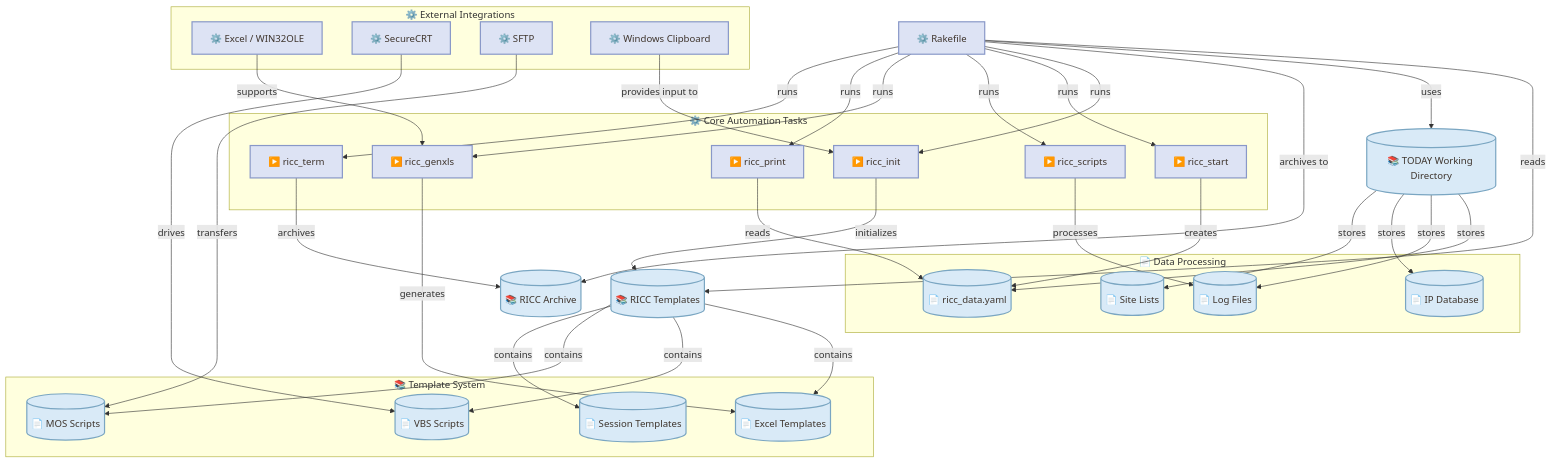
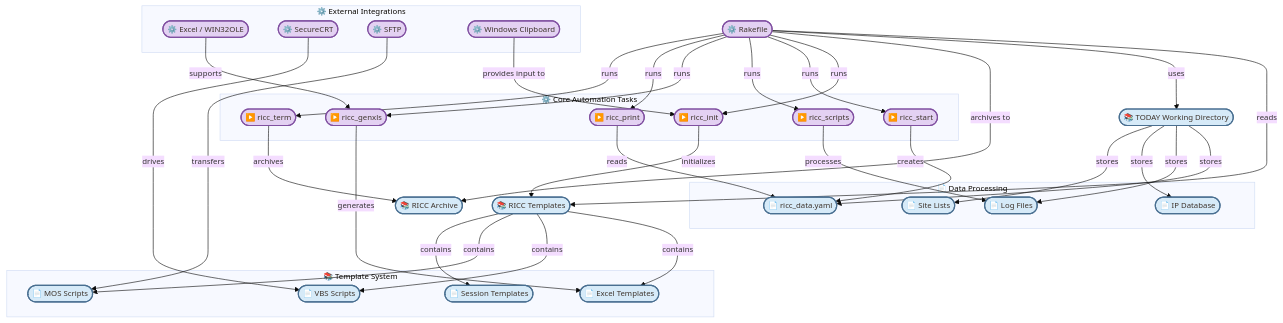
The first of 4 diagrams in README.md (enogrob/project-automation-mop), drawn with Mermaid before and after one commit. The commit also changed other lines of this file, not shown here.

Commit message:
update-readme

````diff
--- a/README.md
+++ b/README.md
@@ -38,68 +38,69 @@
 ```mermaid
+%%{init: {"theme": "base", "themeVariables": {"fontSize": "13px"}, "flowchart": {"wrappingWidth": 200, "minNodeWidth": 0, "padding": 8}}}%%
 flowchart TD
-    A[⚙️ Rakefile]:::orchestration -->|reads| B[(📚 RICC Templates)]:::context
-    A -->|uses| C[(📚 TODAY Working Directory)]:::context
-    A -->|archives to| D[(📚 RICC Archive)]:::context
+    A(["⚙️ Rakefile"]):::orchestration -->|reads| B(["📚 RICC Templates"]):::context
+    A -->|uses| C(["📚 TODAY Working Directory"]):::context
+    A -->|archives to| D(["📚 RICC Archive"]):::context
 
     subgraph Core_Tasks[⚙️ Core Automation Tasks]
-        E[▶️ ricc_init]:::orchestration
-        F[▶️ ricc_start]:::orchestration
-        G[▶️ ricc_scripts]:::orchestration
-        H[▶️ ricc_genxls]:::orchestration
-        I[▶️ ricc_print]:::orchestration
-        J[▶️ ricc_term]:::orchestration
+        E(["▶️ ricc_init"]):::orchestration
+        F(["▶️ ricc_start"]):::orchestration
+        G(["▶️ ricc_scripts"]):::orchestration
+        H(["▶️ ricc_genxls"]):::orchestration
+        I(["▶️ ricc_print"]):::orchestration
+        J(["▶️ ricc_term"]):::orchestration
     end
 
     subgraph Data_Processing[📄 Data Processing]
-        K[(📄 ricc_data.yaml)]:::context
-        L[(📄 Log Files)]:::context
-        M[(📄 IP Database)]:::context
-        N[(📄 Site Lists)]:::context
+        K(["📄 ricc_data.yaml"]):::context
+        L(["📄 Log Files"]):::context
+        M(["📄 IP Database"]):::context
+        N(["📄 Site Lists"]):::context
     end
 
     subgraph External_Integrations[⚙️ External Integrations]
-        O[⚙️ Excel / WIN32OLE]:::orchestration
-        P[⚙️ SecureCRT]:::orchestration
-        Q[⚙️ SFTP]:::orchestration
-        R[⚙️ Windows Clipboard]:::orchestration
+        O(["⚙️ Excel / WIN32OLE"]):::orchestration
+        P(["⚙️ SecureCRT"]):::orchestration
+        Q(["⚙️ SFTP"]):::orchestration
+        R(["⚙️ Windows Clipboard"]):::orchestration
     end
 
     subgraph Template_System[📚 Template System]
-        S[(📄 Excel Templates)]:::context
-        T[(📄 VBS Scripts)]:::context
-        U[(📄 MOS Scripts)]:::context
-        V[(📄 Session Templates)]:::context
+        S(["📄 Excel Templates"]):::context
+        T(["📄 VBS Scripts"]):::context
+        U(["📄 MOS Scripts"]):::context
+        V(["📄 Session Templates"]):::context
     end
 
     A -->|runs| E
     A -->|runs| F
     A -->|runs| G
     A -->|runs| H
     A -->|runs| I
     A -->|runs| J
 
     E -->|initializes| B
     F -->|creates| K
     G -->|processes| L
     H -->|generates| S
     I -->|reads| K
     J -->|archives| D
 
     O -->|supports| H
     P -->|drives| T
     Q -->|transfers| U
     R -->|provides input to| E
 
     B -->|contains| S
     B -->|contains| T
     B -->|contains| U
     B -->|contains| V
 
     C -->|stores| K
     C -->|stores| L
     C -->|stores| M
     C -->|stores| N
 
-    classDef context fill:#D9EAF7,stroke:#7AA6C2,color:#3E342C,stroke-width:2px;
-    classDef orchestration fill:#DDE3F4,stroke:#8998C8,color:#3E342C,stroke-width:2px;
+    classDef context fill:#D6EAF8,stroke:#496F91,color:#3E342C,stroke-width:2px;
+    classDef orchestration fill:#E3D1F2,stroke:#8050A1,color:#3E342C,stroke-width:2px;
 ```
````
